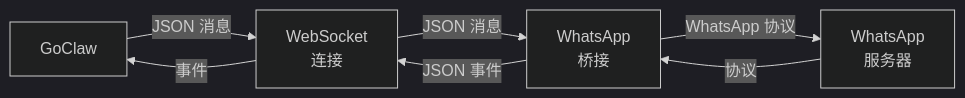
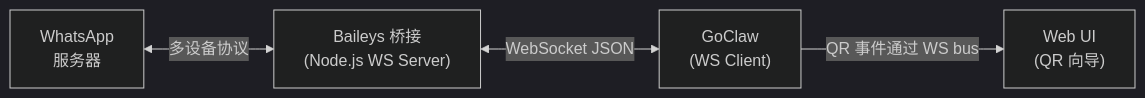
The diagram in zh/channels/whatsapp.md (nextlevelbuilder/goclaw-docs), drawn with Mermaid (dark theme) before and after one commit. The commit also changed other lines of this file and 5 other files, not shown here.

First line of the commit message:
docs(whatsapp): rewrite WhatsApp channel docs for Baileys bridge implementation

````diff
--- a/zh/channels/whatsapp.md
+++ b/zh/channels/whatsapp.md
@@ -60,14 +77,11 @@
 ```mermaid
 flowchart LR
-    GC["GoClaw"]
-    WS["WebSocket<br/>连接"]
-    BRIDGE["WhatsApp<br/>桥接"]
     WA["WhatsApp<br/>服务器"]
+    BRIDGE["Baileys 桥接<br/>(Node.js WS Server)"]
+    GC["GoClaw<br/>(WS Client)"]
+    UI["Web UI<br/>(QR 向导)"]
 
-    GC -->|"JSON 消息"| WS
-    WS -->|"JSON 消息"| BRIDGE
-    BRIDGE -->|"WhatsApp 协议"| WA
-    WA -->|"协议"| BRIDGE
-    BRIDGE -->|"JSON 事件"| WS
-    WS -->|"事件"| GC
+    WA <-->|"多设备协议"| BRIDGE
+    BRIDGE <-->|"WebSocket JSON"| GC
+    GC -->|"QR 事件通过 WS bus"| UI
 ```
````
